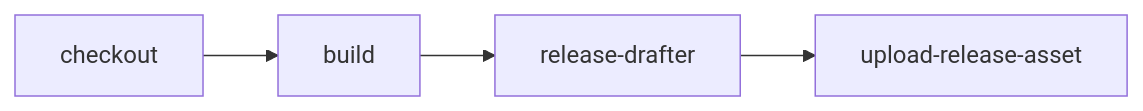
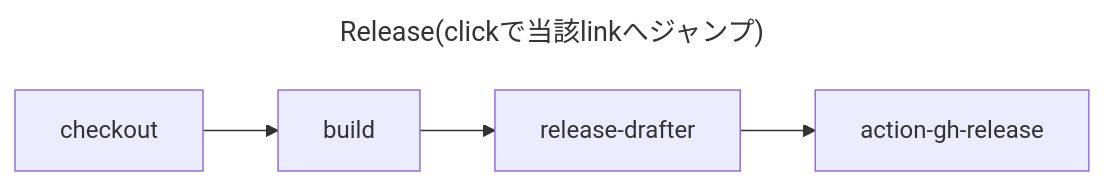
One commit to hkawa90/Obsidian-Vaults-DevDoc changed the first of 3 diagrams in Github/Github Actions.md. Above: the diagram before and after it, drawn with Mermaid. The commit also changed other lines of this file and 21 other files, not shown here.

````diff
--- a/Github/Github Actions.md
+++ b/Github/Github Actions.md
@@ -5,5 +11,10 @@
 ```mermaid
+---
+title: Release(clickで当該linkへジャンプ)
+---
 flowchart LR
-checkout  --> build --> release-drafter --> upload-release-asset
-click build "https://www.github.com" "This is a tooltip for a link"
+checkout  --> build --> release-drafter --> action-gh-release
+click checkout "https://github.com/actions/checkout" "Action for checking out a repo"
+click release-drafter "https://github.com/marketplace/actions/release-drafter" "Drafts your next release notes as pull requests are merged into master"
+click action-gh-release "https://github.com/softprops/action-gh-release"
 ```
````
